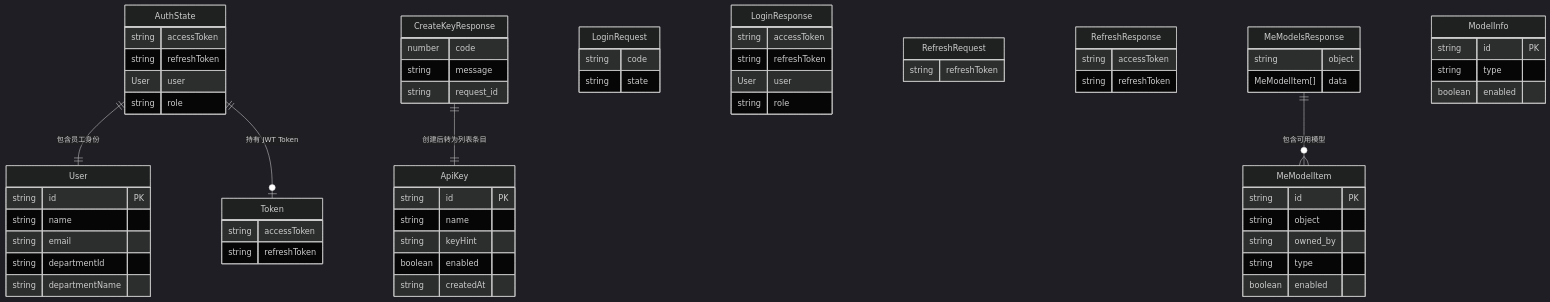
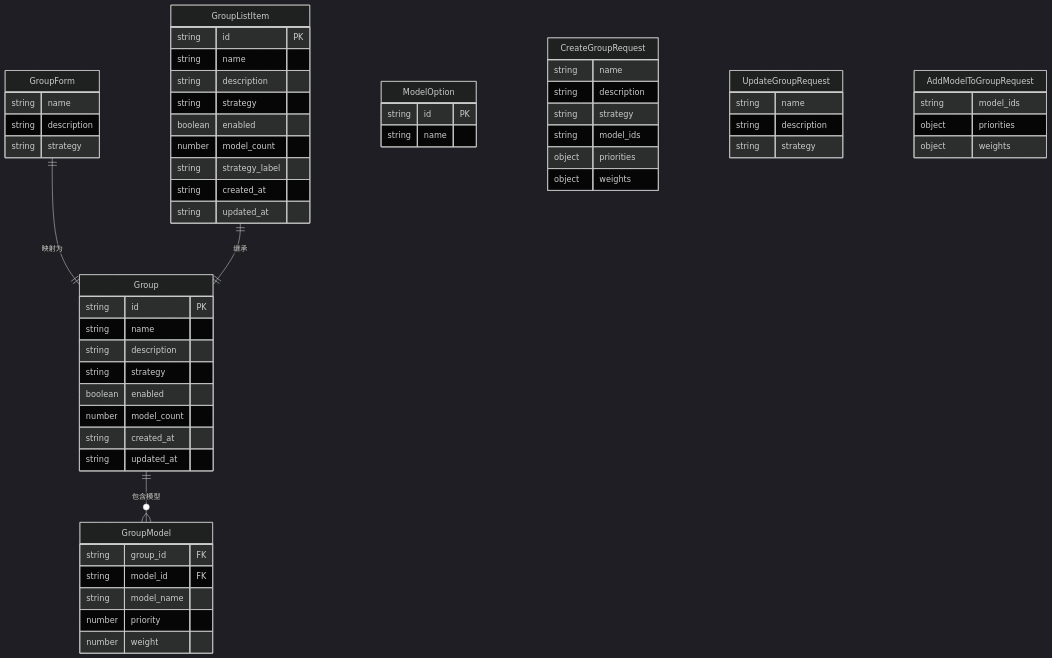
Before and after one commit to achieve-jsy/llm-gateway: the diagram in xspec/changes/ops-console/data-model.delta.md, drawn with Mermaid (dark theme). The commit also changed other lines of this file and 174 other files, not shown here.

````diff
--- a/xspec/changes/ops-console/data-model.delta.md
+++ b/xspec/changes/ops-console/data-model.delta.md
@@ -233,83 +436,69 @@
 ```mermaid
 erDiagram
-    AuthState ||--|| User : "包含员工身份"
-    AuthState ||--o| Token : "持有 JWT Token"
+    Group ||--o{ GroupModel : "包含模型"
+    GroupForm ||--|| Group : "映射为"
+    GroupListItem ||--|| Group : "继承"
 
-    AuthState {
-        string accessToken
-        string refreshToken
-        User user
-        string role
+    Group {
+        string id PK
+        string name
+        string description
+        string strategy
+        boolean enabled
+        number model_count
+        string created_at
+        string updated_at
     }
 
-    User {
+    GroupForm {
+        string name
+        string description
+        string strategy
+    }
+
+    GroupListItem {
         string id PK
         string name
-        string email
-        string departmentId
-        string departmentName
+        string description
+        string strategy
+        boolean enabled
+        number model_count
+        string strategy_label
+        string created_at
+        string updated_at
     }
 
-    Token {
-        string accessToken
-        string refreshToken
+    GroupModel {
+        string group_id FK
+        string model_id FK
+        string model_name
+        number priority
+        number weight
     }
 
-    CreateKeyResponse ||--|| ApiKey : "创建后转为列表条目"
-
-    CreateKeyResponse {
-        number code
-        string message
-        string request_id
+    ModelOption {
+        string id PK
+        string name
     }
 
-    ApiKey {
-        string id PK
+    CreateGroupRequest {
         string name
-        string keyHint
-        boolean enabled
-        string createdAt
+        string description
+        string strategy
+        string model_ids
+        object priorities
+        object weights
     }
 
-    LoginRequest {
-        string code
-        string state
+    UpdateGroupRequest {
+        string name
+        string description
+        string strategy
     }
 
-    LoginResponse {
-        string accessToken
-        string refreshToken
-        User user
-        string role
-    }
-
-    RefreshRequest {
-        string refreshToken
-    }
-
-    RefreshResponse {
-        string accessToken
-        string refreshToken
-    }
-
-    MeModelsResponse ||--o{ MeModelItem : "包含可用模型"
-
-    MeModelsResponse {
-        string object
-        MeModelItem[] data
-    }
-
-    MeModelItem {
-        string id PK
-        string object
-        string owned_by
-        string type
-        boolean enabled
-    }
-
-    ModelInfo {
-        string id PK
-        string type
-        boolean enabled
+    AddModelToGroupRequest {
+        string model_ids
+        object priorities
+        object weights
     }
 ```
````
